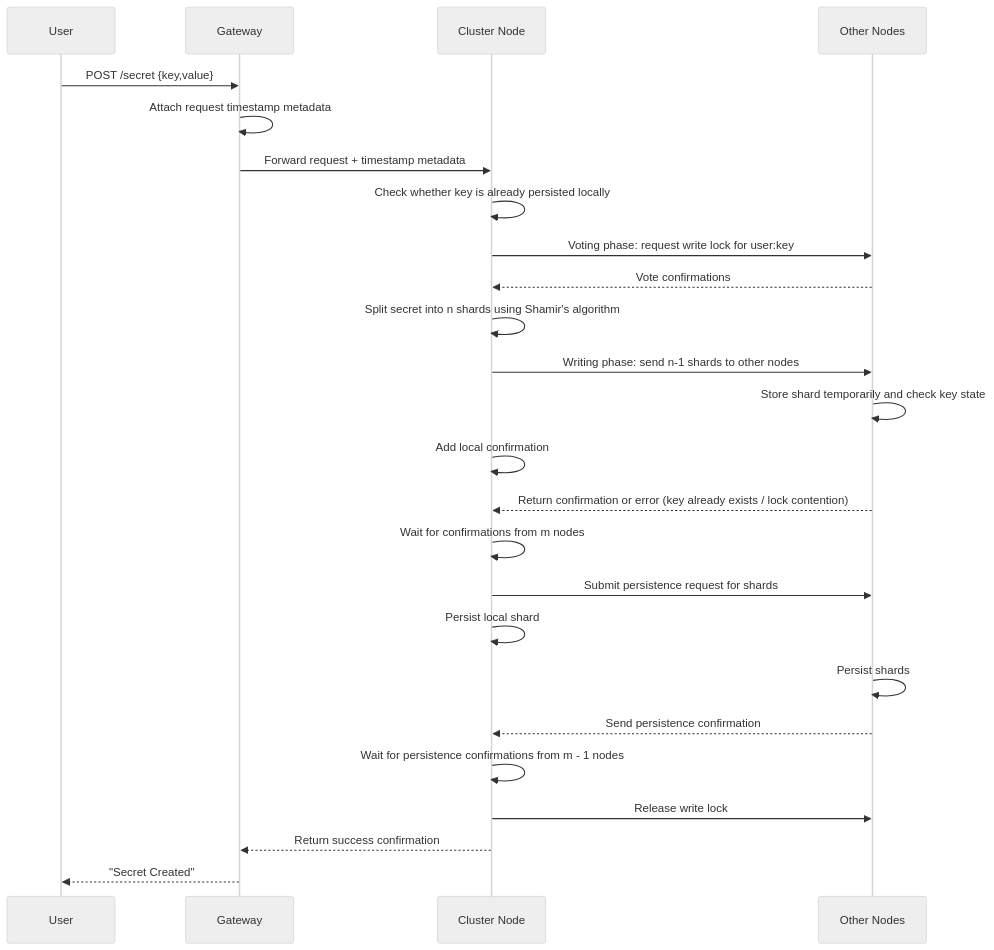
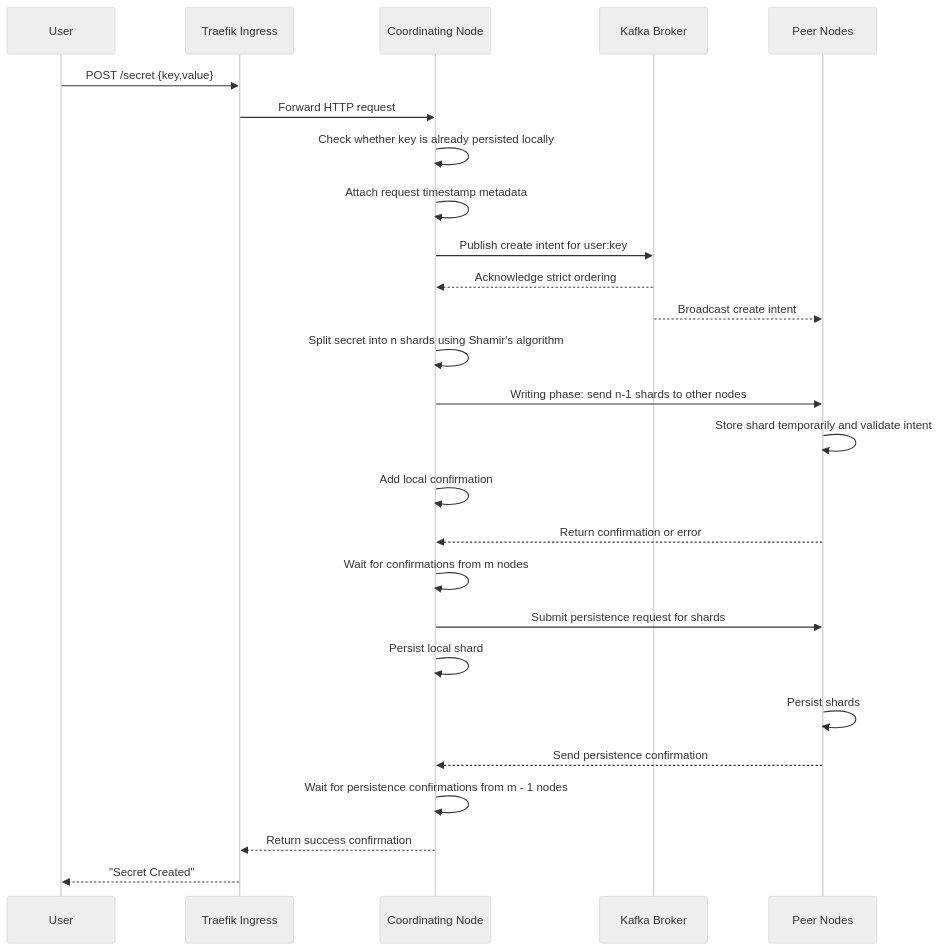
One commit to S26-Distributed-Capstone/DistributedSecretsVault changed the first of 2 diagrams in docs/crud/create.md. Above: the diagram before and after it, drawn with Mermaid (neutral theme). The commit also changed other lines of this file and 7 other files, not shown here.

````diff
--- a/docs/crud/create.md
+++ b/docs/crud/create.md
@@ -36,27 +36,28 @@
 ```mermaid
 sequenceDiagram
     participant User
-    participant Gateway
-    participant Node as Cluster Node
-    participant Peers as Other Nodes
-    User->>Gateway: POST /secret {key,value}
-    Gateway->>Gateway: Attach request timestamp metadata
-    Gateway->>Node: Forward request + timestamp metadata
+    participant Ingress as Traefik Ingress
+    participant Node as Coordinating Node
+    participant Kafka as Kafka Broker
+    participant Peers as Peer Nodes
+    User->>Ingress: POST /secret {key,value}
+    Ingress->>Node: Forward HTTP request
     Node->>Node: Check whether key is already persisted locally
-    Node->>Peers: Voting phase: request write lock for user:key
-    Peers-->>Node: Vote confirmations
+    Node->>Node: Attach request timestamp metadata
+    Node->>Kafka: Publish create intent for user:key
+    Kafka-->>Node: Acknowledge strict ordering
+    Kafka-->>Peers: Broadcast create intent
     Node->>Node: Split secret into n shards using Shamir's algorithm
     Node->>Peers: Writing phase: send n-1 shards to other nodes
-    Peers->>Peers: Store shard temporarily and check key state
+    Peers->>Peers: Store shard temporarily and validate intent
     Node->>Node: Add local confirmation
-    Peers-->>Node: Return confirmation or error (key already exists / lock contention)
+    Peers-->>Node: Return confirmation or error
     Node->>Node: Wait for confirmations from m nodes
     Node->>Peers: Submit persistence request for shards
     Node->>Node: Persist local shard
     Peers->>Peers: Persist shards
     Peers-->>Node: Send persistence confirmation
     Node->>Node: Wait for persistence confirmations from m - 1 nodes
-    Node->>Peers: Release write lock
-    Node-->>Gateway: Return success confirmation
-    Gateway-->>User: "Secret Created"
+    Node-->>Ingress: Return success confirmation
+    Ingress-->>User: "Secret Created"
 ```
````
